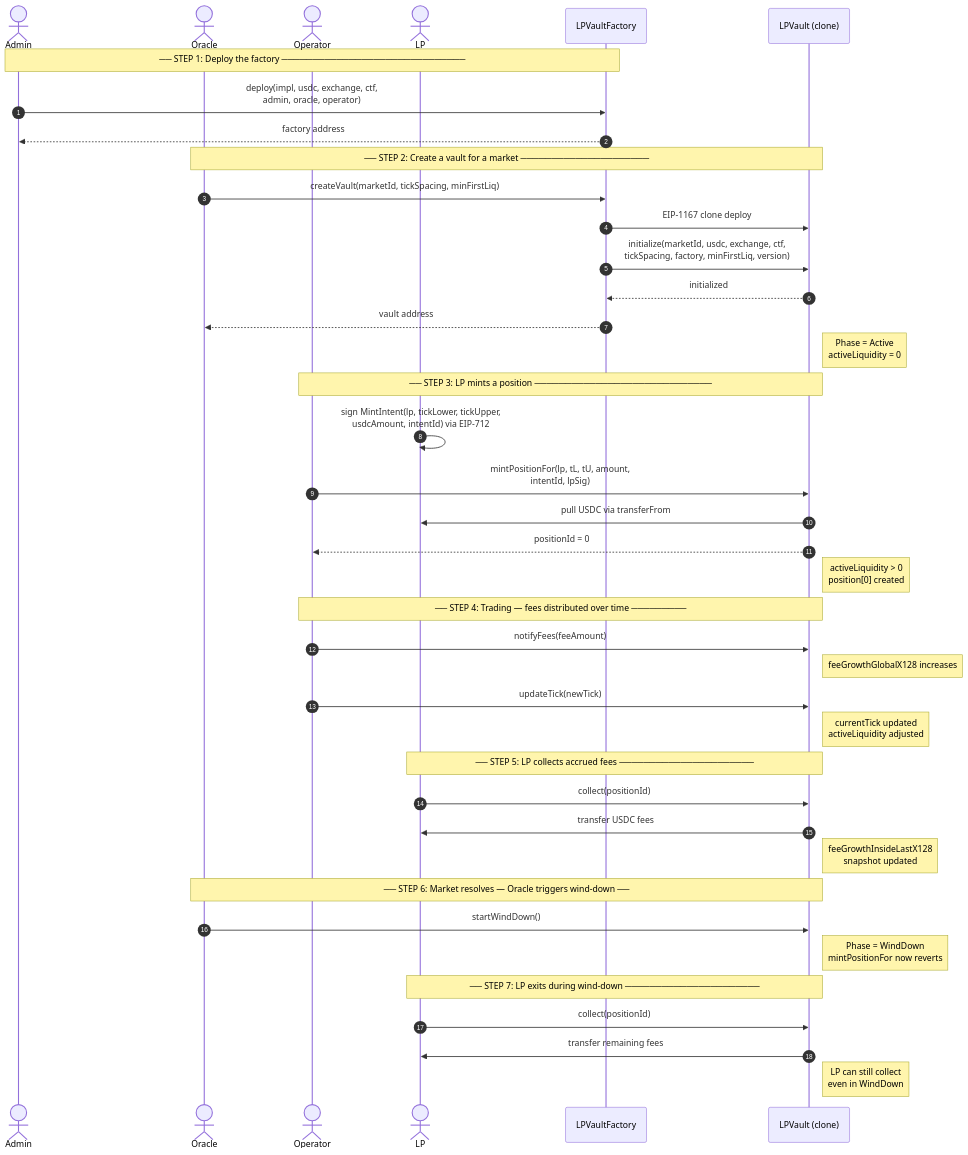
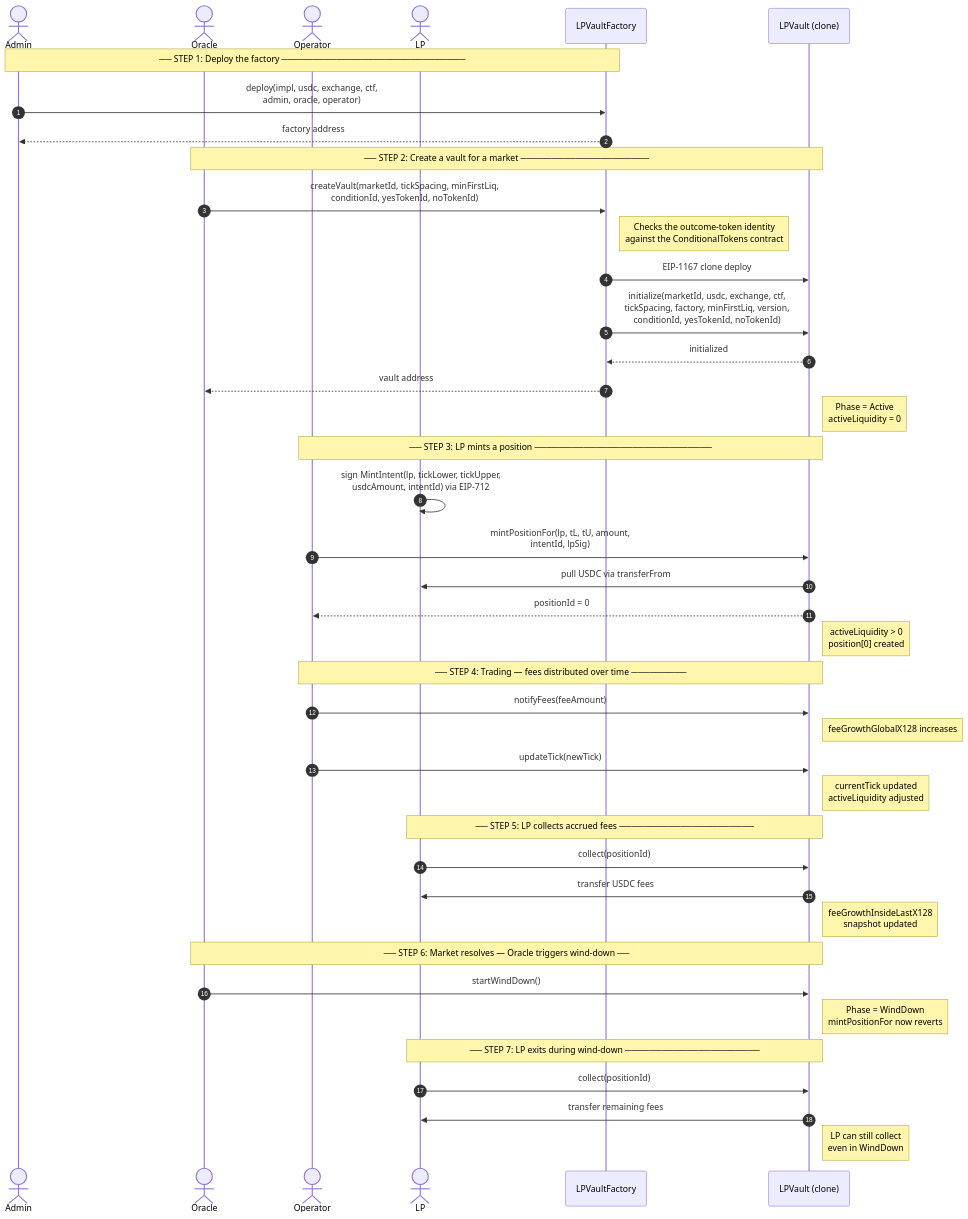
Before and after one commit to ProphetMarket/lp-vaults: the second of 12 diagrams in FLOWS.md, drawn with Mermaid. The commit also changed 3 other files, not shown here.

First line of the commit message:
chore (vault): Document the token identity and update the plan for R2

````diff
--- a/FLOWS.md
+++ b/FLOWS.md
@@ -41,49 +41,50 @@
 ```mermaid
 sequenceDiagram
     autonumber
     actor Admin
     actor Oracle
     actor Operator
     actor LP
     participant Factory as LPVaultFactory
     participant Vault as LPVault (clone)
 
     Note over Admin,Factory: ── STEP 1: Deploy the factory ──────────────────────────────
     Admin->>Factory: deploy(impl, usdc, exchange, ctf,<br/>admin, oracle, operator)
     Factory-->>Admin: factory address
 
     Note over Oracle,Vault: ── STEP 2: Create a vault for a market ─────────────────────
-    Oracle->>Factory: createVault(marketId, tickSpacing, minFirstLiq)
+    Oracle->>Factory: createVault(marketId, tickSpacing, minFirstLiq,<br/>conditionId, yesTokenId, noTokenId)
+    Note right of Factory: Checks the outcome-token identity<br/>against the ConditionalTokens contract
     Factory->>Vault: EIP-1167 clone deploy
-    Factory->>Vault: initialize(marketId, usdc, exchange, ctf,<br/>tickSpacing, factory, minFirstLiq, version)
+    Factory->>Vault: initialize(marketId, usdc, exchange, ctf,<br/>tickSpacing, factory, minFirstLiq, version,<br/>conditionId, yesTokenId, noTokenId)
     Vault-->>Factory: initialized
     Factory-->>Oracle: vault address
     Note right of Vault: Phase = Active<br/>activeLiquidity = 0
 
     Note over Operator,Vault: ── STEP 3: LP mints a position ─────────────────────────────
     LP->>LP: sign MintIntent(lp, tickLower, tickUpper,<br/>usdcAmount, intentId) via EIP-712
     Operator->>Vault: mintPositionFor(lp, tL, tU, amount,<br/>intentId, lpSig)
     Vault->>LP: pull USDC via transferFrom
     Vault-->>Operator: positionId = 0
     Note right of Vault: activeLiquidity > 0<br/>position[0] created
 
     Note over Operator,Vault: ── STEP 4: Trading — fees distributed over time ─────────
     Operator->>Vault: notifyFees(feeAmount)
     Note right of Vault: feeGrowthGlobalX128 increases
     Operator->>Vault: updateTick(newTick)
     Note right of Vault: currentTick updated<br/>activeLiquidity adjusted
 
     Note over LP,Vault: ── STEP 5: LP collects accrued fees ──────────────────────
     LP->>Vault: collect(positionId)
     Vault->>LP: transfer USDC fees
     Note right of Vault: feeGrowthInsideLastX128<br/>snapshot updated
 
     Note over Oracle,Vault: ── STEP 6: Market resolves — Oracle triggers wind-down ──
     Oracle->>Vault: startWindDown()
     Note right of Vault: Phase = WindDown<br/>mintPositionFor now reverts
 
     Note over LP,Vault: ── STEP 7: LP exits during wind-down ──────────────────────
     LP->>Vault: collect(positionId)
     Vault->>LP: transfer remaining fees
     Note right of Vault: LP can still collect<br/>even in WindDown
 ```
````
